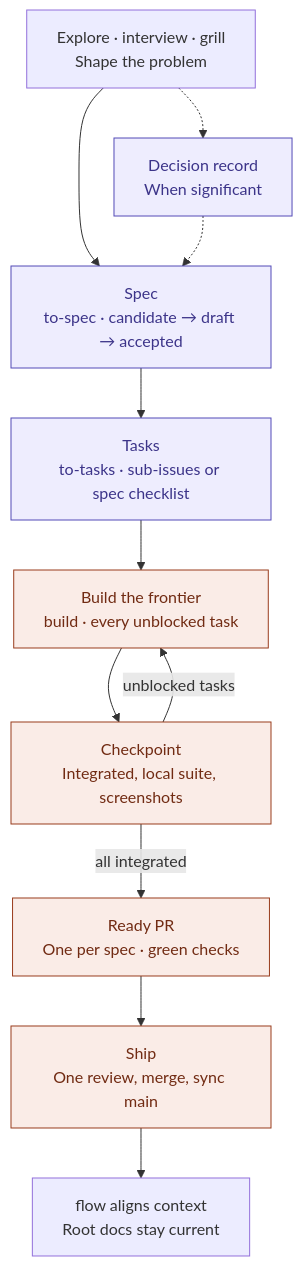
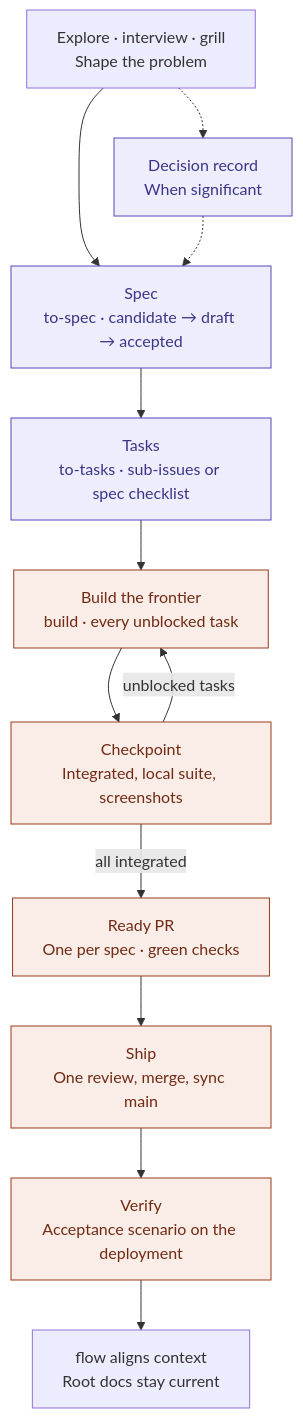
Before and after one commit to gaboesquivel/flow-skills: the second of 2 diagrams in README.md, drawn with Mermaid. The commit also changed other lines of this file and 30 other files, not shown here.

````diff
--- a/README.md
+++ b/README.md
@@ -57,22 +57,23 @@
 ```mermaid
 flowchart TB
   explore["Explore · interview · grill<br/>Shape the problem"]
   decision["Decision record<br/>When significant"]
   spec["Spec<br/>to-spec · candidate → draft → accepted"]
   tasks["Tasks<br/>to-tasks · sub-issues or spec checklist"]
   frontier["Build the frontier<br/>build · every unblocked task"]
   checkpoint["Checkpoint<br/>Integrated, local suite, screenshots"]
   ready["Ready PR<br/>One per spec · green checks"]
   land["Ship<br/>One review, merge, sync main"]
+  verify["Verify<br/>Acceptance scenario on the deployment"]
   align["flow aligns context<br/>Root docs stay current"]
   explore --> spec
   explore -.-> decision
   decision -.-> spec
   spec --> tasks --> frontier --> checkpoint
   checkpoint -- unblocked tasks --> frontier
-  checkpoint -- all integrated --> ready --> land --> align
+  checkpoint -- all integrated --> ready --> land --> verify --> align
   classDef doc fill:#EEEDFE,stroke:#534AB7,color:#3C3489
   classDef run fill:#FAECE7,stroke:#993C1D,color:#712B13
   class decision,spec,tasks doc
-  class frontier,checkpoint,ready,land run
+  class frontier,checkpoint,ready,land,verify run
 ```
````
